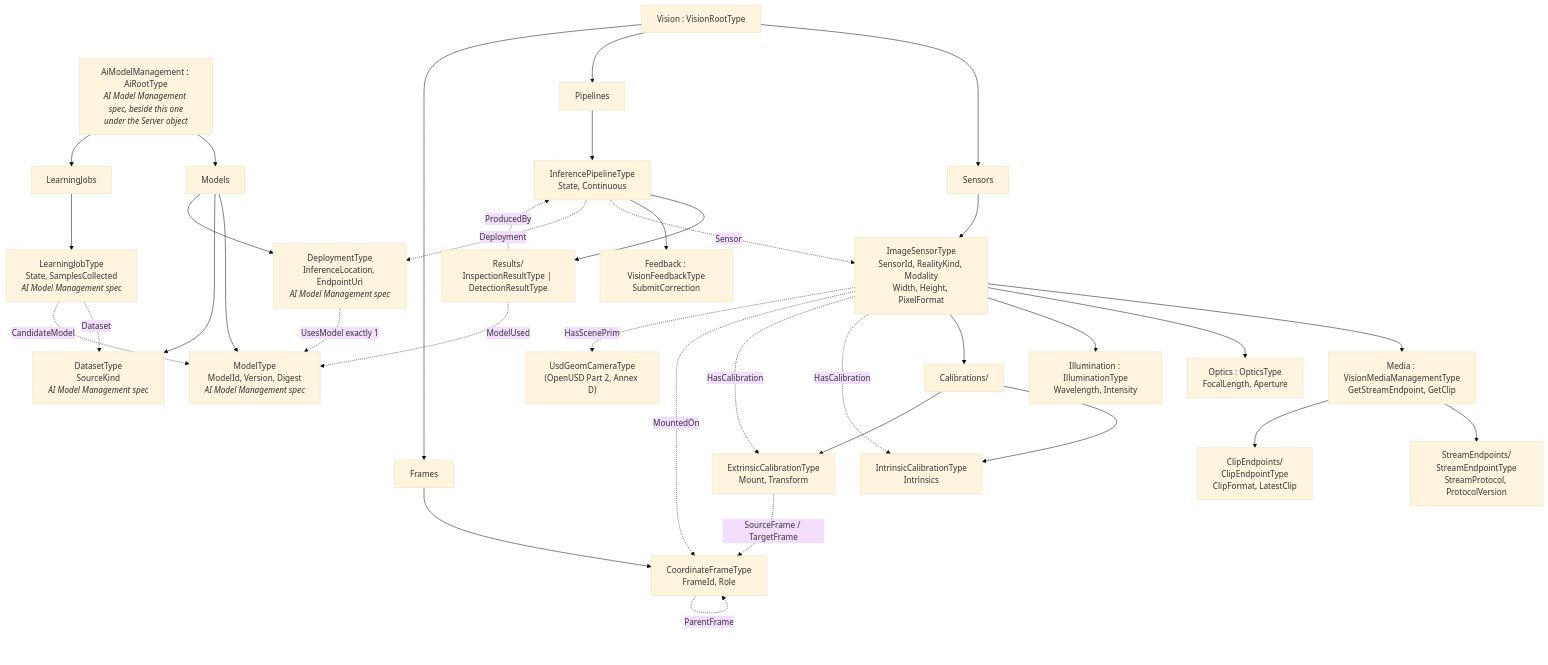
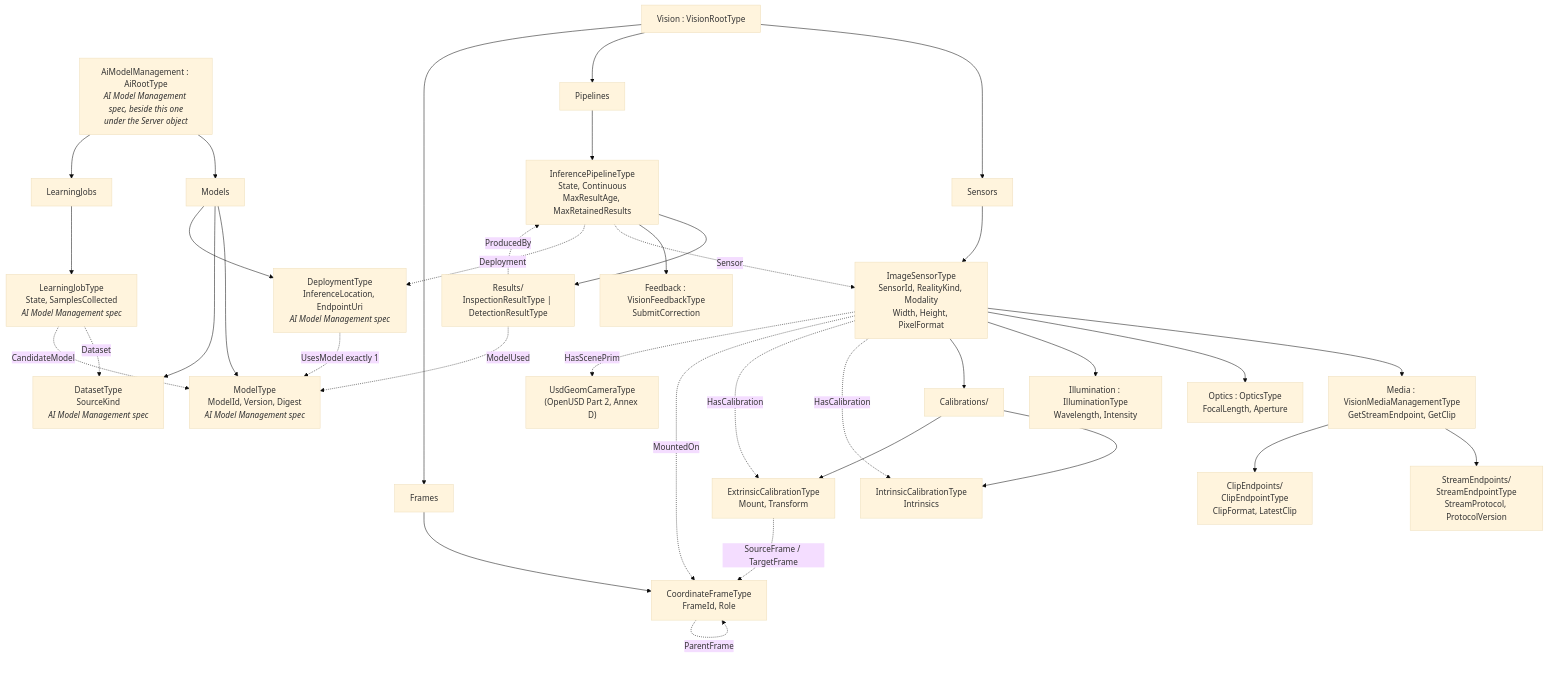
One commit to marcschier/opcua-drafts changed the fourth of 11 diagrams in metaverse-specs/vision/OPC-UA-Vision.md. Above: the diagram before and after it, drawn with Mermaid (base theme). The commit also changed other lines of this file and 34 other files, not shown here.

````diff
--- a/metaverse-specs/vision/OPC-UA-Vision.md
+++ b/metaverse-specs/vision/OPC-UA-Vision.md
@@ -263,47 +263,47 @@
 ```mermaid
 graph TD
     ROOT["Vision : VisionRootType"]
     AIROOT["AiModelManagement : AiRootType<br/><i>AI Model Management spec, beside this one<br/>under the Server object</i>"]
     AIROOT --> FM["Models"]
     AIROOT --> FJ["LearningJobs"]
     ROOT --> FS["Sensors"]
     ROOT --> FP["Pipelines"]
     ROOT --> FF["Frames"]
 
     FS --> SENSOR["ImageSensorType<br/>SensorId, RealityKind, Modality<br/>Width, Height, PixelFormat"]
     SENSOR --> MEDIA["Media : VisionMediaManagementType<br/>GetStreamEndpoint, GetClip"]
     MEDIA --> SEP["StreamEndpoints/<br/>StreamEndpointType<br/>StreamProtocol, ProtocolVersion"]
     MEDIA --> CEP["ClipEndpoints/<br/>ClipEndpointType<br/>ClipFormat, LatestClip"]
     SENSOR --> OPT["Optics : OpticsType<br/>FocalLength, Aperture"]
     SENSOR --> ILL["Illumination : IlluminationType<br/>Wavelength, Intensity"]
     SENSOR --> CALS["Calibrations/"]
     CALS --> ICAL["IntrinsicCalibrationType<br/>Intrinsics"]
     CALS --> ECAL["ExtrinsicCalibrationType<br/>Mount, Transform"]
 
     FF --> FRAME["CoordinateFrameType<br/>FrameId, Role"]
 
     FM --> MODEL["ModelType<br/>ModelId, Version, Digest<br/><i>AI Model Management spec</i>"]
     FM --> DSET["DatasetType<br/>SourceKind<br/><i>AI Model Management spec</i>"]
     FM --> DEPL["DeploymentType<br/>InferenceLocation, EndpointUri<br/><i>AI Model Management spec</i>"]
 
-    FP --> PIPE["InferencePipelineType<br/>State, Continuous"]
+    FP --> PIPE["InferencePipelineType<br/>State, Continuous<br/>MaxResultAge, MaxRetainedResults"]
     PIPE --> RES["Results/<br/>InspectionResultType | DetectionResultType"]
     PIPE --> FB["Feedback : VisionFeedbackType<br/>SubmitCorrection"]
 
     FJ --> JOB["LearningJobType<br/>State, SamplesCollected<br/><i>AI Model Management spec</i>"]
 
     SENSOR -.HasCalibration.-> ICAL
     SENSOR -.HasCalibration.-> ECAL
     SENSOR -.MountedOn.-> FRAME
     SENSOR -.HasScenePrim.-> PRIM["UsdGeomCameraType<br/>(OpenUSD Part 2, Annex D)"]
     DEPL -.UsesModel exactly 1.-> MODEL
     RES -.ProducedBy.-> PIPE
     RES -.->|ModelUsed| MODEL
 
     PIPE -.->|Sensor| SENSOR
     PIPE -.->|Deployment| DEPL
     ECAL -.->|SourceFrame / TargetFrame| FRAME
     FRAME -.->|ParentFrame| FRAME
     JOB -.->|Dataset| DSET
     JOB -.->|CandidateModel| MODEL
 ```
````
